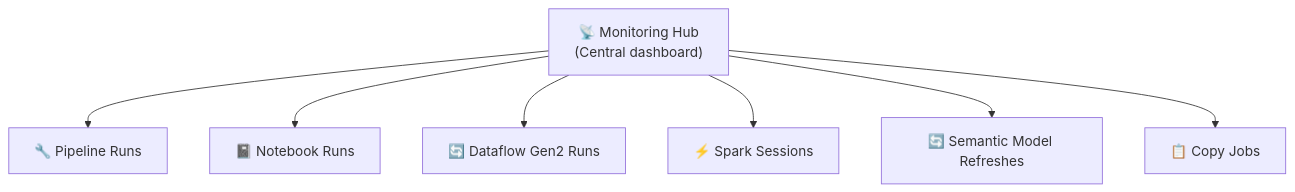
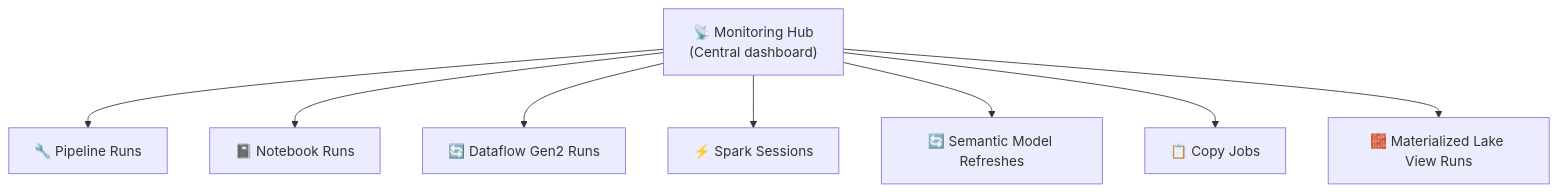
The second of 5 diagrams in 03-monitor-optimize-analytics-solution.md (marcogrimaldi29/dp-700-study-notes), drawn with Mermaid before and after one commit. The commit also changed other lines of this file and 7 other files, not shown here.

````diff
--- a/03-monitor-optimize-analytics-solution.md
+++ b/03-monitor-optimize-analytics-solution.md
@@ -51,9 +52,10 @@
 ```mermaid
 graph TD
     HUB["📡 Monitoring Hub\n(Central dashboard)"] --> PIPE["🔧 Pipeline Runs"]
     HUB --> NB["📓 Notebook Runs"]
     HUB --> DF["🔄 Dataflow Gen2 Runs"]
     HUB --> SPARK["⚡ Spark Sessions"]
     HUB --> REFRESH["🔄 Semantic Model Refreshes"]
     HUB --> COPY["📋 Copy Jobs"]
+    HUB --> MLV["🧱 Materialized Lake View Runs"]
 ```
````
